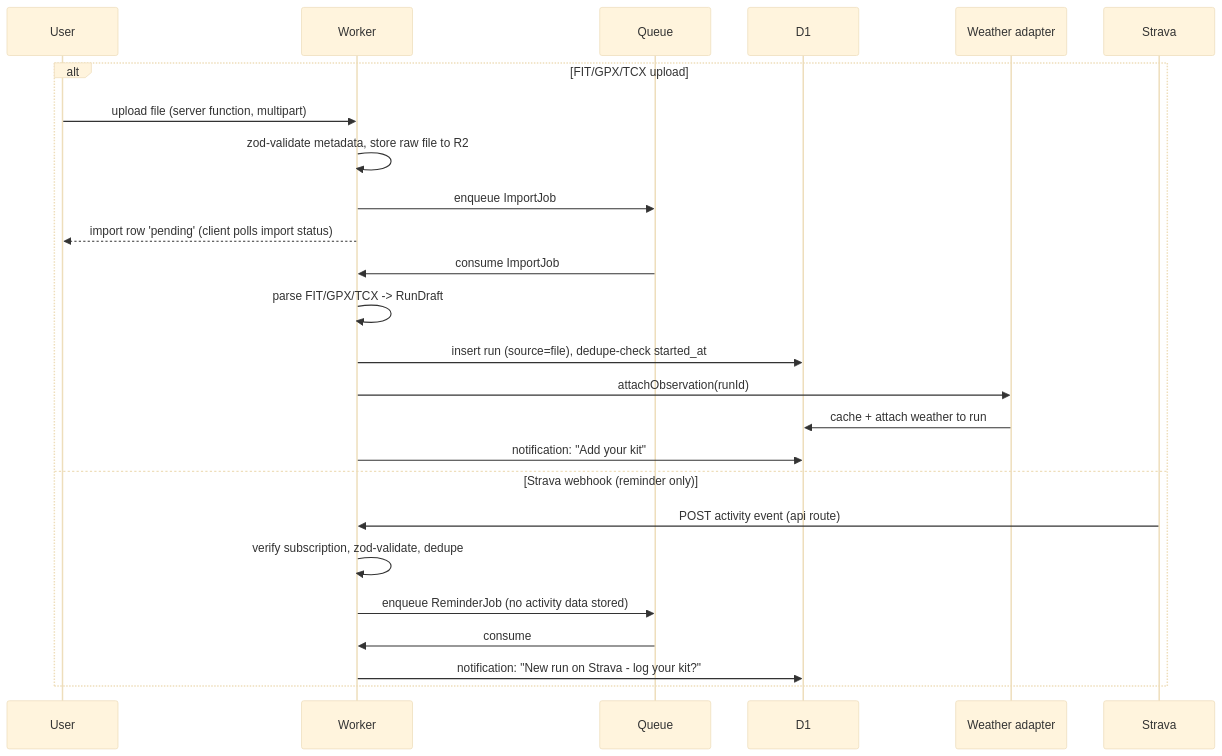
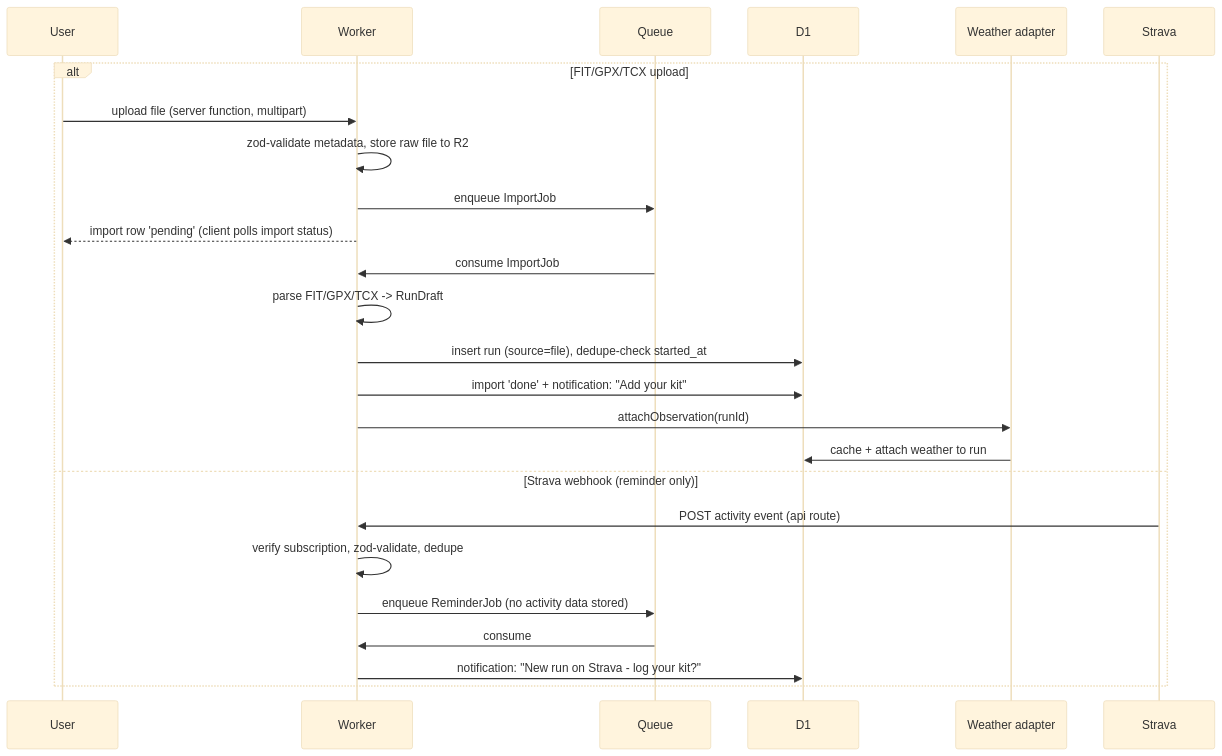
Before and after one commit to ddteeter/dialed.run: the third of 4 diagrams in docs/architecture.md, drawn with Mermaid (base theme). The commit also changed other lines of this file and 3 other files, not shown here.

````diff
--- a/docs/architecture.md
+++ b/docs/architecture.md
@@ -326,27 +326,27 @@
 ```mermaid
 sequenceDiagram
     participant User
     participant Worker
     participant Queue
     participant D1
     participant Weather as Weather adapter
 
     alt FIT/GPX/TCX upload
         User->>Worker: upload file (server function, multipart)
         Worker->>Worker: zod-validate metadata, store raw file to R2
         Worker->>Queue: enqueue ImportJob
         Worker-->>User: import row 'pending' (client polls import status)
         Queue->>Worker: consume ImportJob
         Worker->>Worker: parse FIT/GPX/TCX -> RunDraft
         Worker->>D1: insert run (source=file), dedupe-check started_at
+        Worker->>D1: import 'done' + notification: "Add your kit"
         Worker->>Weather: attachObservation(runId)
         Weather->>D1: cache + attach weather to run
-        Worker->>D1: notification: "Add your kit"
     else Strava webhook (reminder only)
         Strava->>Worker: POST activity event (api route)
         Worker->>Worker: verify subscription, zod-validate, dedupe
         Worker->>Queue: enqueue ReminderJob (no activity data stored)
         Queue->>Worker: consume
         Worker->>D1: notification: "New run on Strava - log your kit?"
     end
 ```
````
